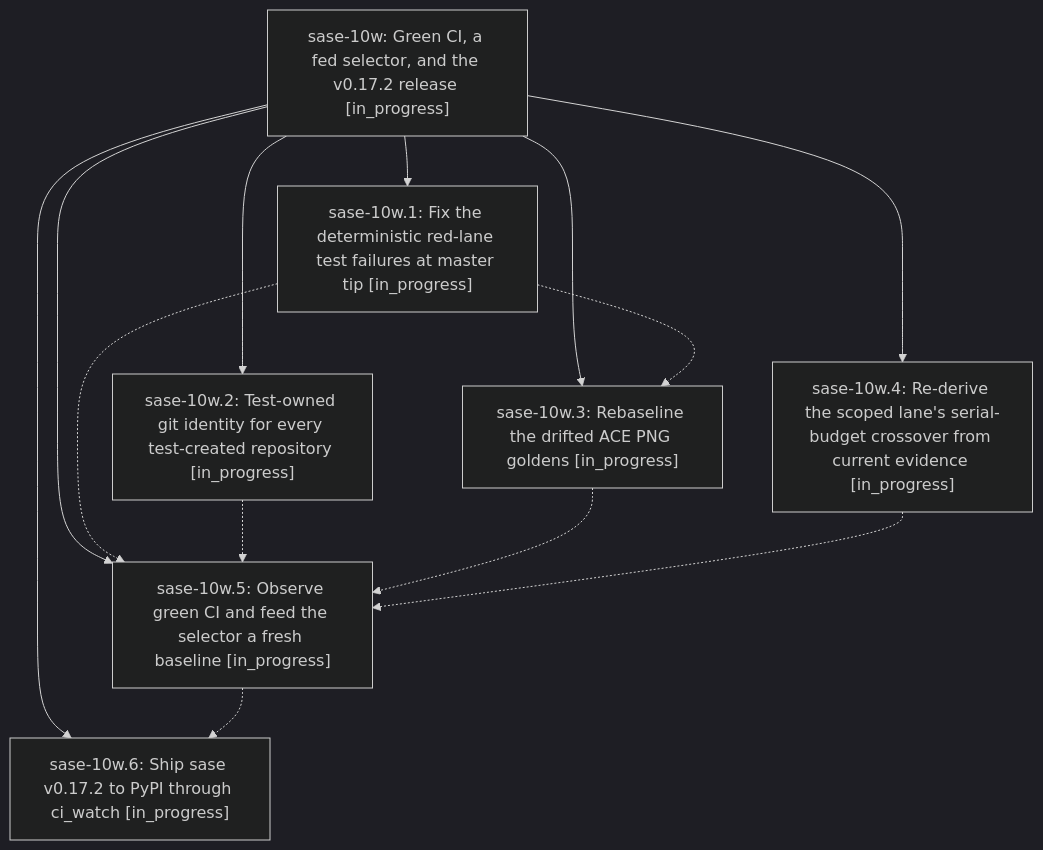
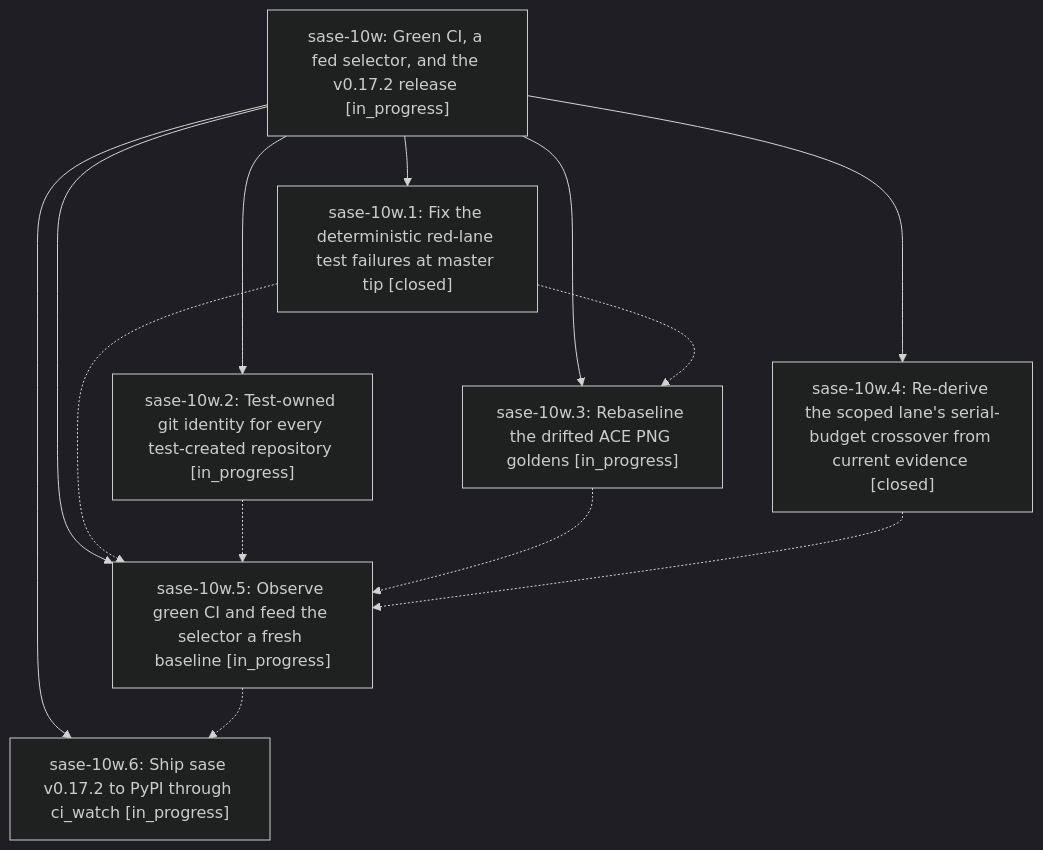
One commit to sase-org/sase--beads changed the diagram in pages/sase-10w/README.md. Above: the diagram before and after it, drawn with Mermaid (dark theme). The commit also changed other lines of this file and 4 other files, not shown here.

````diff
--- a/pages/sase-10w/README.md
+++ b/pages/sase-10w/README.md
@@ -27,22 +27,22 @@
 ```mermaid
 flowchart TD
     n0["sase-10w: Green CI, a fed selector, and the v0.17.2 release [in_progress]"]
-    n1["sase-10w.1: Fix the deterministic red-lane test failures at master tip [in_progress]"]
+    n1["sase-10w.1: Fix the deterministic red-lane test failures at master tip [closed]"]
     n2["sase-10w.2: Test-owned git identity for every test-created repository [in_progress]"]
     n3["sase-10w.3: Rebaseline the drifted ACE PNG goldens [in_progress]"]
-    n4["sase-10w.4: Re-derive the scoped lane's serial-budget crossover from current evidence [in_progress]"]
+    n4["sase-10w.4: Re-derive the scoped lane's serial-budget crossover from current evidence [closed]"]
     n5["sase-10w.5: Observe green CI and feed the selector a fresh baseline [in_progress]"]
     n6["sase-10w.6: Ship sase v0.17.2 to PyPI through ci_watch [in_progress]"]
     n0 --> n1
     n0 --> n2
     n0 --> n3
     n0 --> n4
     n0 --> n5
     n0 --> n6
     n1 -.-> n3
     n1 -.-> n5
     n2 -.-> n5
     n3 -.-> n5
     n4 -.-> n5
     n5 -.-> n6
 ```
````
